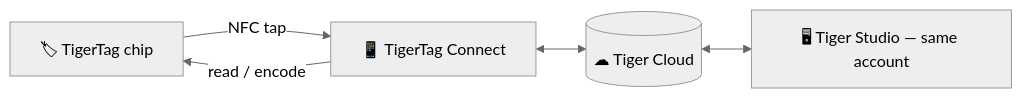
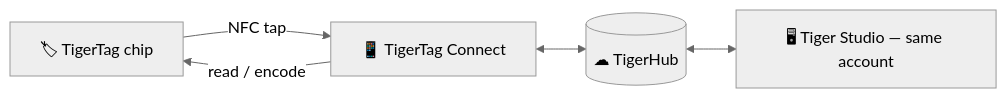
One commit to TigerTag-Project/TigerSystem-Docs changed the diagram in docs/products/tigertag-connect.md. Above: the diagram before and after it, drawn with Mermaid (neutral theme). The commit also changed other lines of this file and 23 other files, not shown here.

Commit message:
Fix terminology: the Firebase account backbone is TigerHub (drop the invented 'Tiger Cloud' name, merge the two product pages)

````diff
--- a/docs/products/tigertag-connect.md
+++ b/docs/products/tigertag-connect.md
@@ -13,7 +13,7 @@
 ```mermaid
 flowchart LR
     TAG["🏷 TigerTag chip"] -- "NFC tap" --> CO["📱 TigerTag Connect"]
     CO -- "read / encode" --> TAG
-    CO <--> CLOUD[("☁ Tiger Cloud")]
+    CO <--> CLOUD[("☁ TigerHub")]
     CLOUD <--> ST["🖥 Tiger Studio — same account"]
 ```
````
